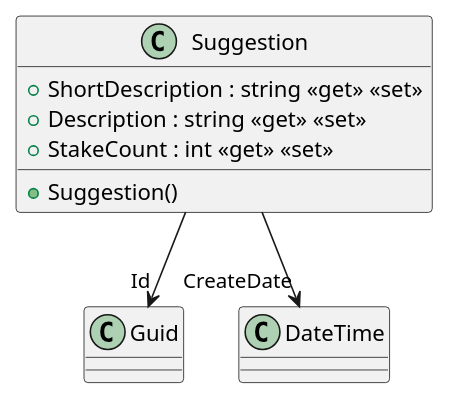
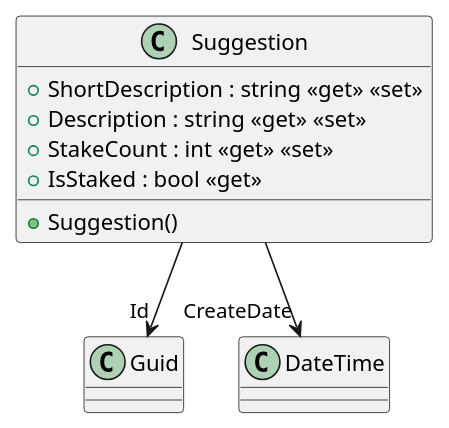
The diagram in Frontend/Common/plantuml/Suggestion.puml (NeaBouli/TrueRepublic), drawn with PlantUML before and after one commit. The commit also changed 18 other files, not shown here.

```diff
--- a/Frontend/Common/plantuml/Suggestion.puml
+++ b/Frontend/Common/plantuml/Suggestion.puml
@@ -1,10 +1,11 @@
 @startuml
 class Suggestion {
     + Suggestion()
     + ShortDescription : string <<get>> <<set>>
     + Description : string <<get>> <<set>>
     + StakeCount : int <<get>> <<set>>
+    + IsStaked : bool <<get>>
 }
 Suggestion --> "Id" Guid
 Suggestion --> "CreateDate" DateTime
 @enduml
```
